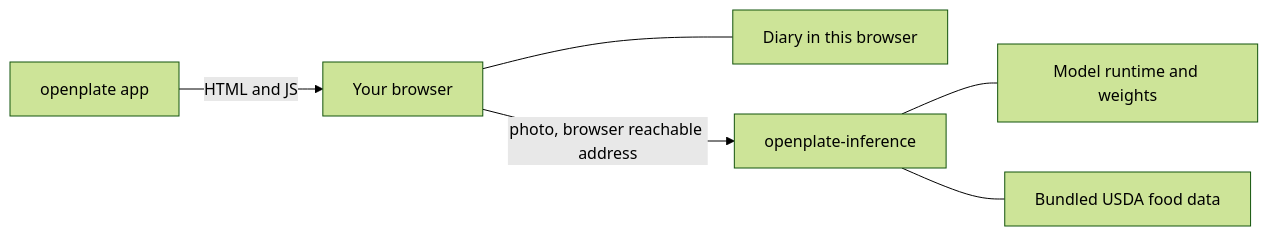
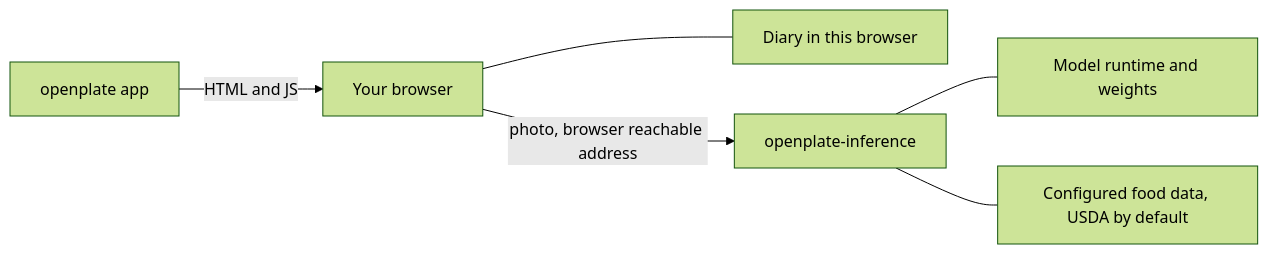
Before and after one commit to LowCarbCheck/openplate: the fifth of 6 diagrams in docs/topologies.md, drawn with Mermaid (forest theme). The commit also changed other lines of this file and 1 other file, not shown here.

First line of the commit message:
docs: name the configured food source, not USDA alone

````diff
--- a/docs/topologies.md
+++ b/docs/topologies.md
@@ -145,9 +143,9 @@
 ```mermaid
-%% alt: On rung three the browser sends the photo to your own inference container, which looks the macros up in a bundled dataset.
+%% alt: On rung three the browser sends the photo to your own inference container, which looks the macros up in its configured food source.
 flowchart LR
   app["openplate app"] -->|"HTML and JS"| browser["Your browser"]
   browser --- diary["Diary in this browser"]
   browser -->|"photo, browser reachable address"| inf["openplate-inference"]
   inf --- weights["Model runtime and weights"]
-  inf --- usda["Bundled USDA food data"]
+  inf --- usda["Configured food data, USDA by default"]
 ```
````
